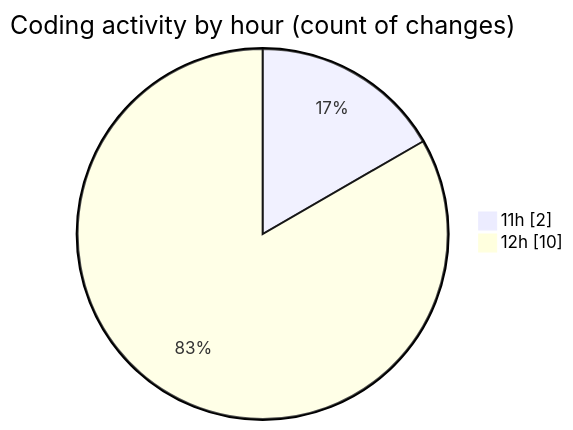
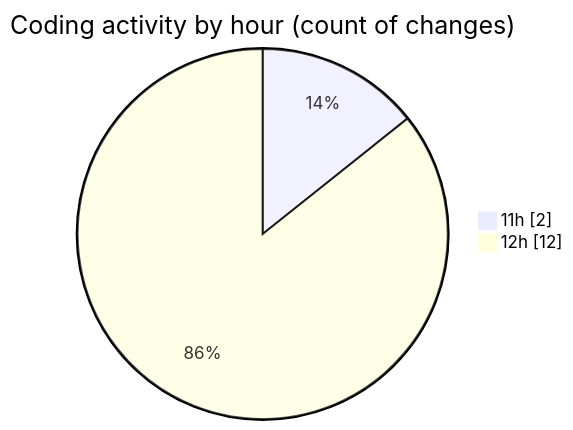
The second of 2 diagrams in 2025-10-05/laravel-penyewaan-lapangan-futsal/README.md (idhammustaqopulfikri/code-tracking), drawn with Mermaid before and after one commit. The commit also changed other lines of this file and 1 other file, not shown here.

````diff
--- a/2025-10-05/laravel-penyewaan-lapangan-futsal/README.md
+++ b/2025-10-05/laravel-penyewaan-lapangan-futsal/README.md
@@ -34,6 +35,6 @@
 ```mermaid
 pie showData
 title Coding activity by hour (count of changes)
 "11h" : 2
-"12h" : 10
+"12h" : 12
 ```
````
